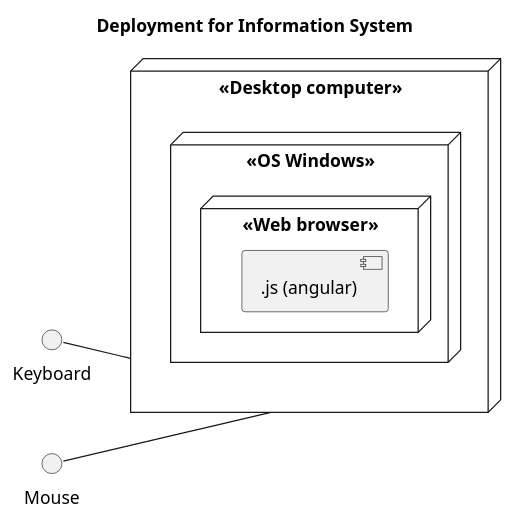
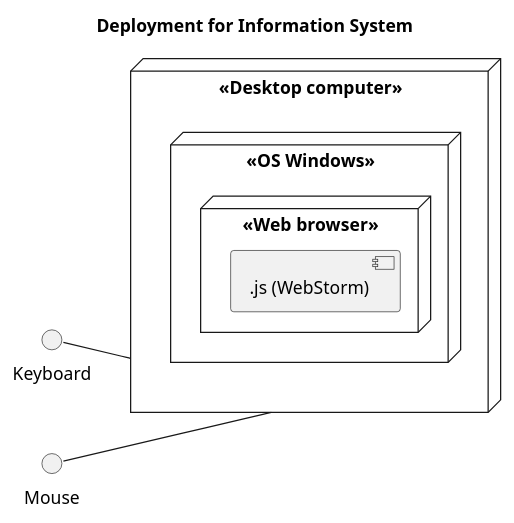
Before and after one commit to oleksandrblazhko/ai203-sultanov: the diagram in 2-SoftwareDesign/2.7-PlantUML/UML-Deployment.puml, drawn with PlantUML.

```diff
--- a/2-SoftwareDesign/2.7-PlantUML/UML-Deployment.puml
+++ b/2-SoftwareDesign/2.7-PlantUML/UML-Deployment.puml
@@ -1,20 +1,20 @@
 @startuml
 
 title Deployment for Information System
 left to right direction
 
 node "<<Desktop computer>>" as dc {
   node "<<OS Windows>>" {
     node "<<Web browser>>" {
-      component [.js (angular)]
+      component [.js (WebStorm)]
     }
   }
 }
 
 interface Keyboard
 interface Mouse
 
 Keyboard -- dc
 Mouse -- dc
 
 @enduml
```
